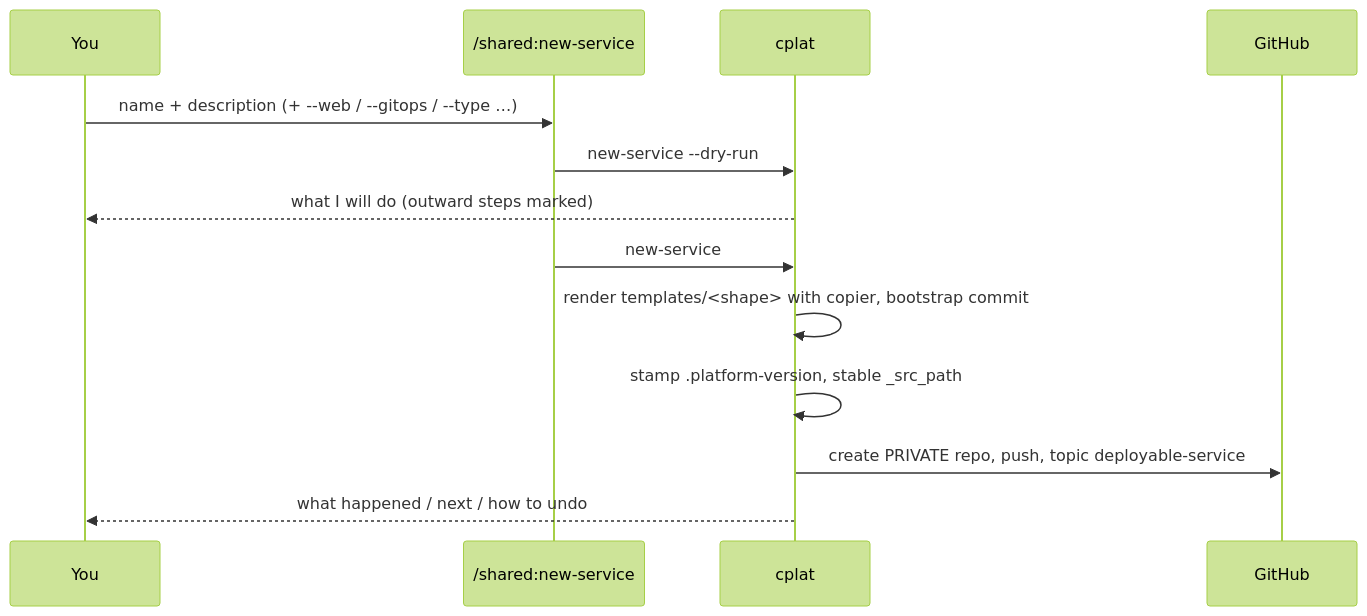
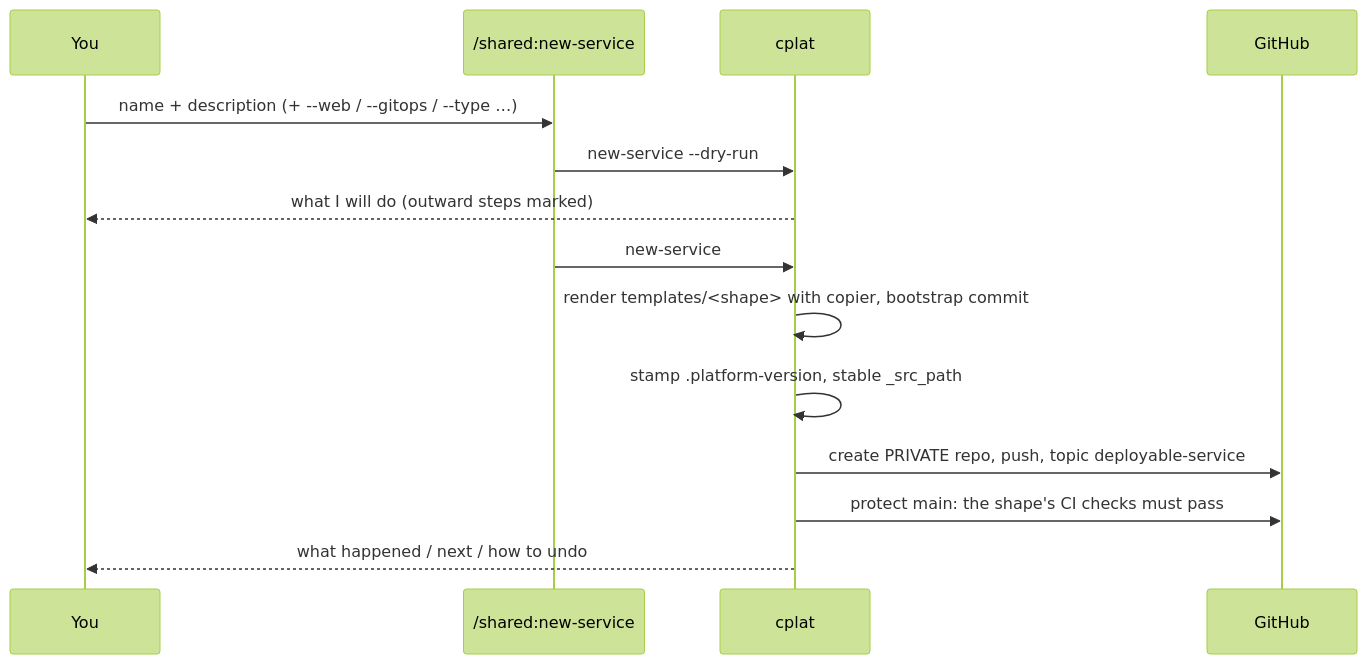
Before and after one commit to ika100/claude-platform: the second of 4 diagrams in docs/HOW-IT-WORKS.md, drawn with Mermaid (forest theme). The commit also changed other lines of this file and 14 other files, not shown here.

````diff
--- a/docs/HOW-IT-WORKS.md
+++ b/docs/HOW-IT-WORKS.md
@@ -33,15 +33,16 @@
 ```mermaid
 sequenceDiagram
   participant U as You
   participant C as /shared:new-service
   participant S as cplat
   participant G as GitHub
   U->>C: name + description (+ --web / --gitops / --type …)
   C->>S: new-service --dry-run
   S-->>U: what I will do (outward steps marked)
   C->>S: new-service
   S->>S: render templates/<shape> with copier, bootstrap commit
   S->>S: stamp .platform-version, stable _src_path
   S->>G: create PRIVATE repo, push, topic deployable-service
+  S->>G: protect main: the shape's CI checks must pass
   S-->>U: what happened / next / how to undo
 ```
````
